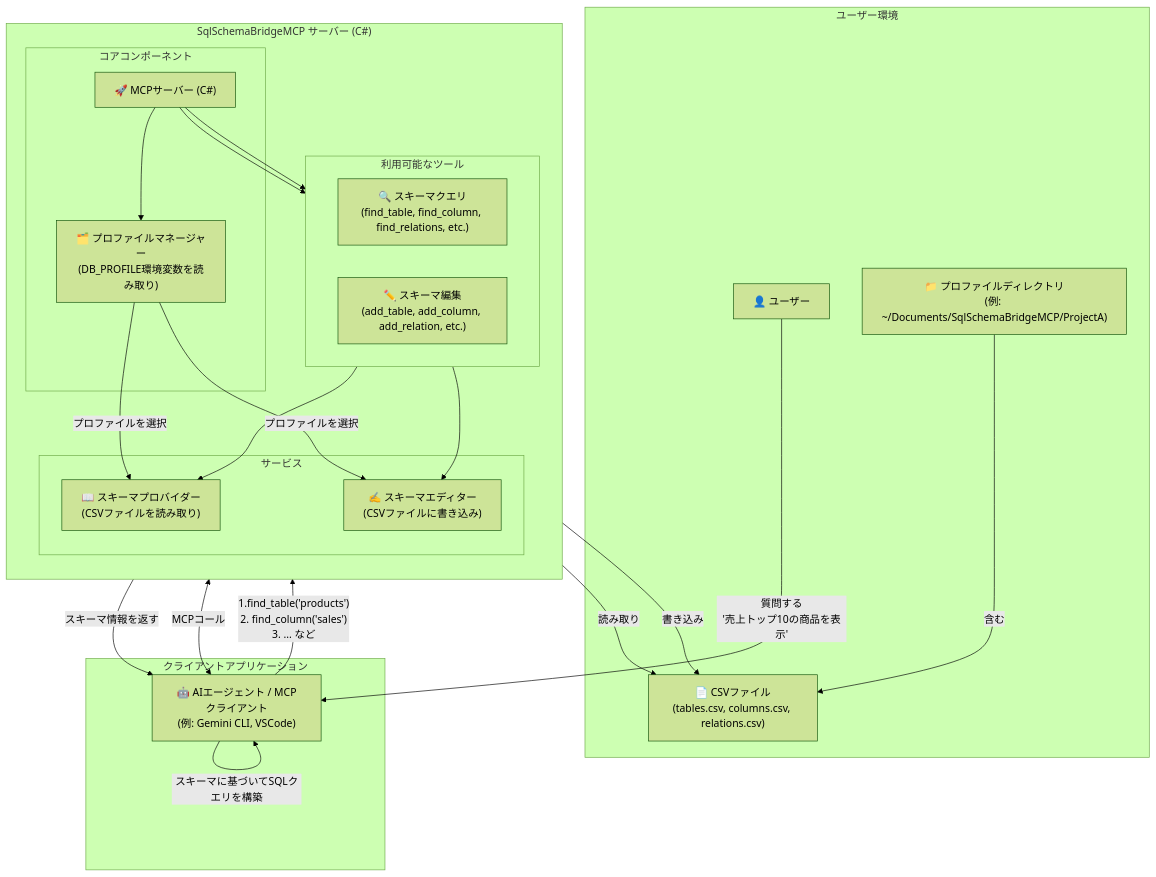
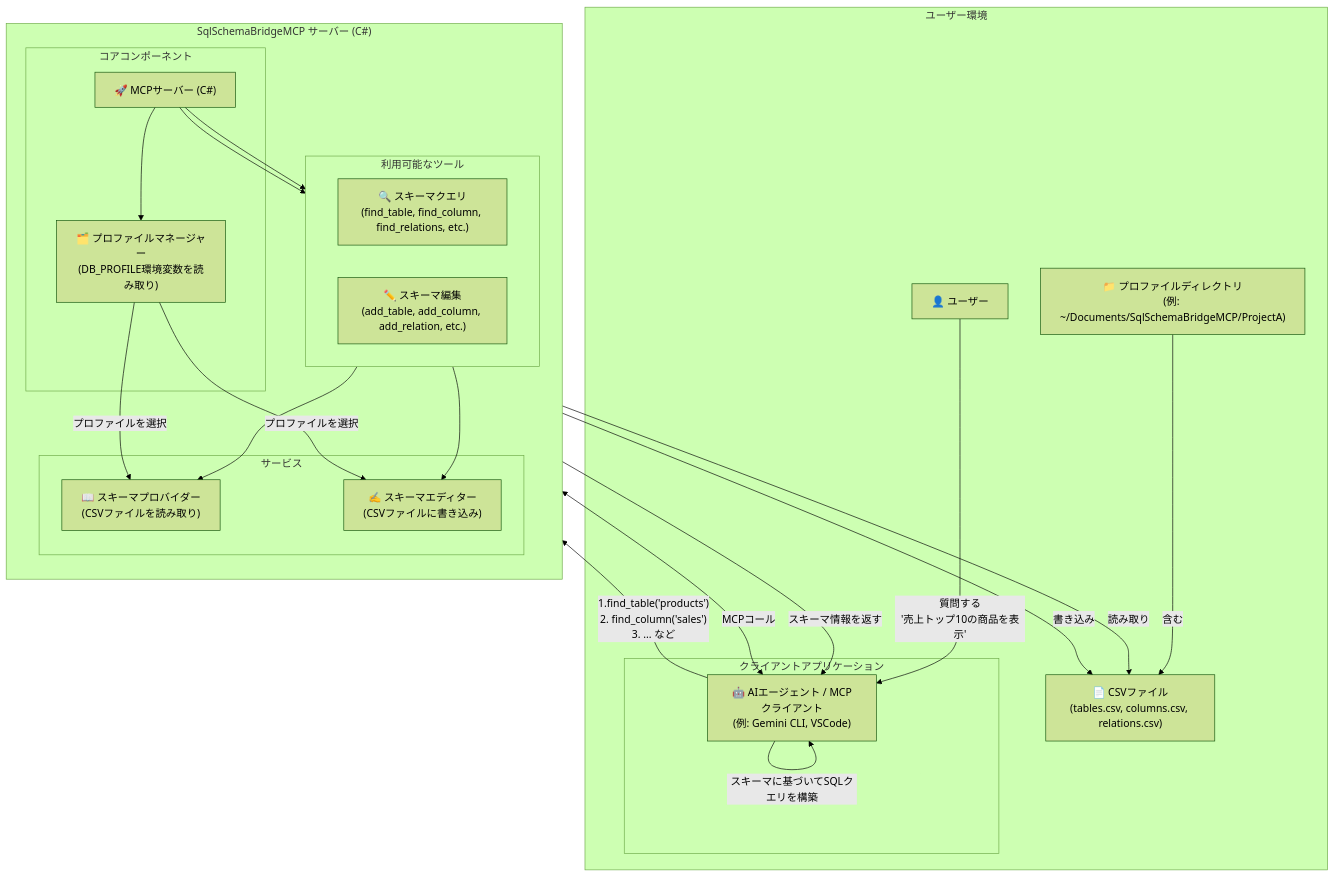
The first of 2 diagrams in README.ja.md (yt3trees/SqlSchemaBridgeMCP), drawn with Mermaid (forest theme) before and after one commit. The commit also changed 1 other file, not shown here.

````diff
--- a/README.ja.md
+++ b/README.ja.md
@@ -5,57 +5,58 @@
 ```mermaid
 graph TB
     subgraph "ユーザー環境"
         User["👤 ユーザー"]
         ProfileDir["📁 プロファイルディレクトリ<br/>(例: ~/Documents/SqlSchemaBridgeMCP/ProjectA)"]
         CSVs["📄 CSVファイル<br/>(tables.csv, columns.csv, relations.csv)"]
+
+        subgraph "クライアントアプリケーション"
+            Agent["🤖 AIエージェント / MCPクライアント<br/>(例: Gemini CLI, VSCode)"]
+        end
     end
 
-    subgraph "クライアントアプリケーション"
-        Agent["🤖 AIエージェント / MCPクライアント<br/>(例: Gemini CLI, VSCode)"]
-    end
 
     subgraph "SqlSchemaBridgeMCP サーバー (C#)"
         direction TB
 
         subgraph "コアコンポーネント"
             Server["🚀 MCPサーバー (C#)"]
             ProfileManager["🗂️ プロファイルマネージャー<br/>(DB_PROFILE環境変数を読み取り)"]
         end
 
         subgraph "サービス"
             SchemaProvider["📖 スキーマプロバイダー<br/>(CSVファイルを読み取り)"]
             SchemaEditor["✍️ スキーマエディター<br/>(CSVファイルに書き込み)"]
         end
 
         subgraph "利用可能なツール"
             direction LR
             QueryTools["🔍 スキーマクエリ<br/>(find_table, find_column, find_relations, etc.)"]
             EditTools["✏️ スキーマ編集<br/>(add_table, add_column, add_relation, etc.)"]
         end
     end
 
     %% データフロー
     User -->|"質問する<br/>'売上トップ10の商品を表示'"| Agent
     ProfileDir -->|含む| CSVs
 
     %% クライアント-サーバー通信
     Agent <-->|"MCPコール"| Server
 
     %% サーバー内部フロー
     Server --> ProfileManager
     ProfileManager -->|"プロファイルを選択"| SchemaProvider
     ProfileManager -->|"プロファイルを選択"| SchemaEditor
 
     SchemaProvider -->|"読み取り"| CSVs
     SchemaEditor -->|"書き込み"| CSVs
 
     Server --> QueryTools
     Server --> EditTools
     QueryTools --> SchemaProvider
     EditTools --> SchemaEditor
 
     %% エージェントがクエリを構築
     Agent -->|"1.find_table('products')<br/>2. find_column('sales')<br/>3. ... など"| QueryTools
     QueryTools -->|"スキーマ情報を返す"| Agent
     Agent -->|"スキーマに基づいてSQLクエリを構築"| Agent
 ```
````
